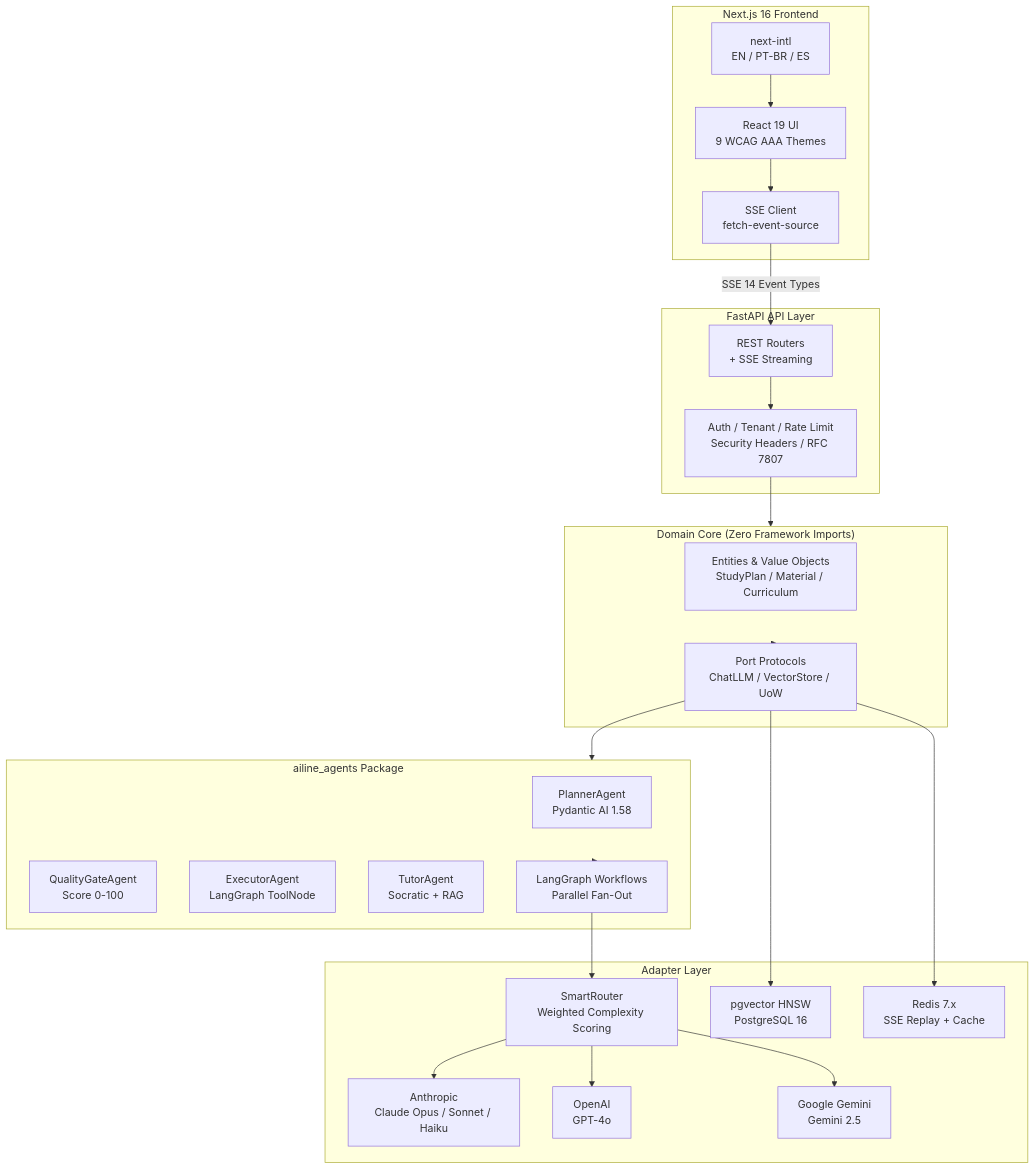
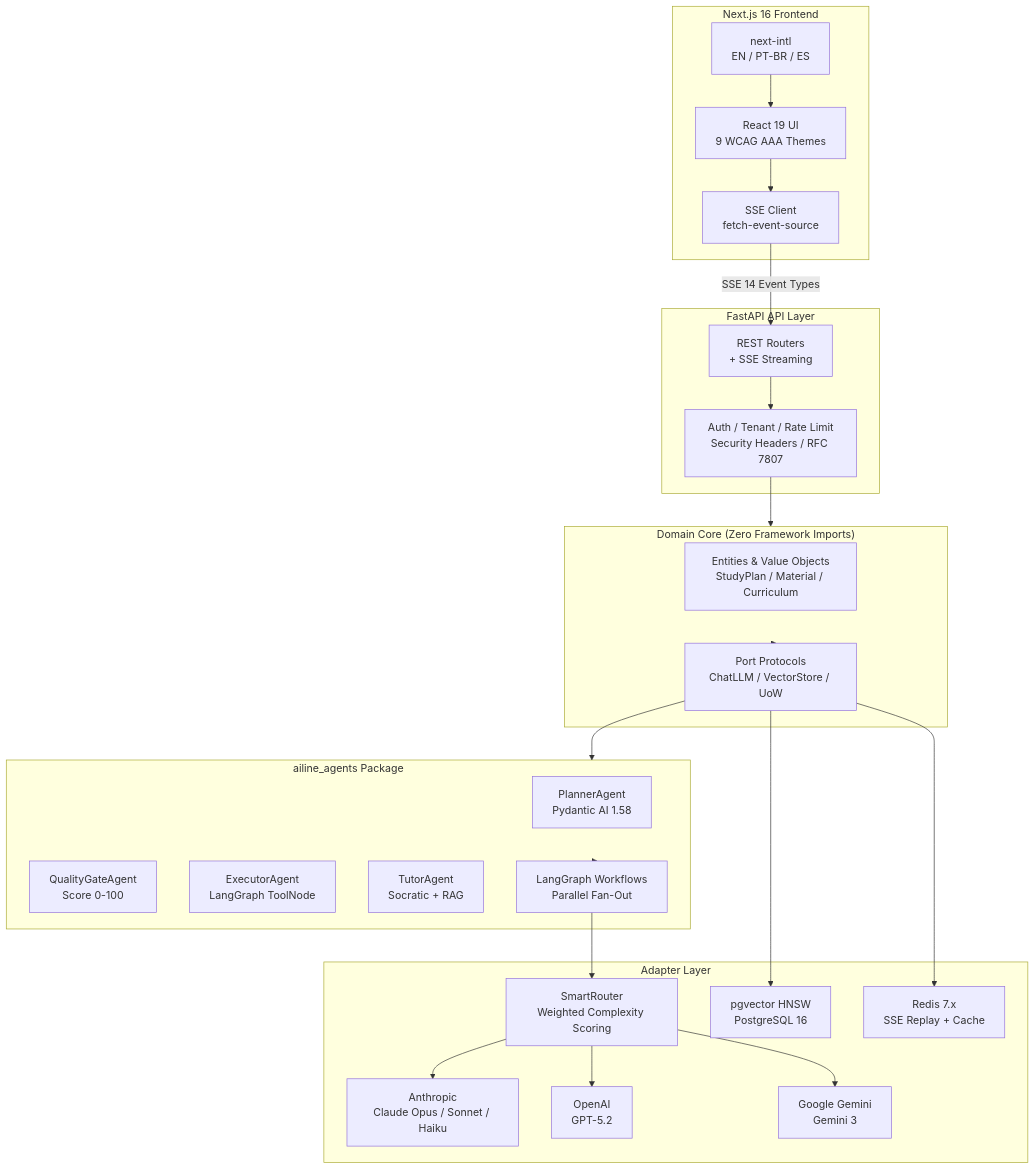
One commit to rafaelob/aiLine changed the first of 2 diagrams in README.md. Above: the diagram before and after it, drawn with Mermaid. The commit also changed other lines of this file and 332 other files, not shown here.

````diff
--- a/README.md
+++ b/README.md
@@ -102,50 +102,50 @@
 ```mermaid
 graph TB
     subgraph Frontend["Next.js 16 Frontend"]
         UI[React 19 UI<br/>9 WCAG AAA Themes]
         SSEClient[SSE Client<br/>fetch-event-source]
         I18N[next-intl<br/>EN / PT-BR / ES]
     end
 
     subgraph API["FastAPI API Layer"]
         Routers[REST Routers<br/>+ SSE Streaming]
         Middleware[Auth / Tenant / Rate Limit<br/>Security Headers / RFC 7807]
     end
 
     subgraph Domain["Domain Core (Zero Framework Imports)"]
         Entities[Entities & Value Objects<br/>StudyPlan / Material / Curriculum]
         Ports[Port Protocols<br/>ChatLLM / VectorStore / UoW]
     end
 
     subgraph Agents["ailine_agents Package"]
         Planner[PlannerAgent<br/>Pydantic AI 1.58]
         QG[QualityGateAgent<br/>Score 0-100]
         Executor[ExecutorAgent<br/>LangGraph ToolNode]
         Tutor[TutorAgent<br/>Socratic + RAG]
         LG[LangGraph Workflows<br/>Parallel Fan-Out]
     end
 
     subgraph Adapters["Adapter Layer"]
         SmartRouter[SmartRouter<br/>Weighted Complexity Scoring]
         Anthropic[Anthropic<br/>Claude Opus / Sonnet / Haiku]
-        OpenAI[OpenAI<br/>GPT-4o]
-        Gemini[Google Gemini<br/>Gemini 2.5]
+        OpenAI[OpenAI<br/>GPT-5.2]
+        Gemini[Google Gemini<br/>Gemini 3]
         PGVector[pgvector HNSW<br/>PostgreSQL 16]
         Redis[Redis 7.x<br/>SSE Replay + Cache]
     end
 
     UI --> SSEClient
     SSEClient -->|SSE 14 Event Types| Routers
     I18N --> UI
     Routers --> Middleware
     Middleware --> Domain
     Domain --> Ports
     Ports --> Agents
     Agents --> LG
     LG --> SmartRouter
     SmartRouter --> Anthropic
     SmartRouter --> OpenAI
     SmartRouter --> Gemini
     Ports --> PGVector
     Ports --> Redis
 ```
````
